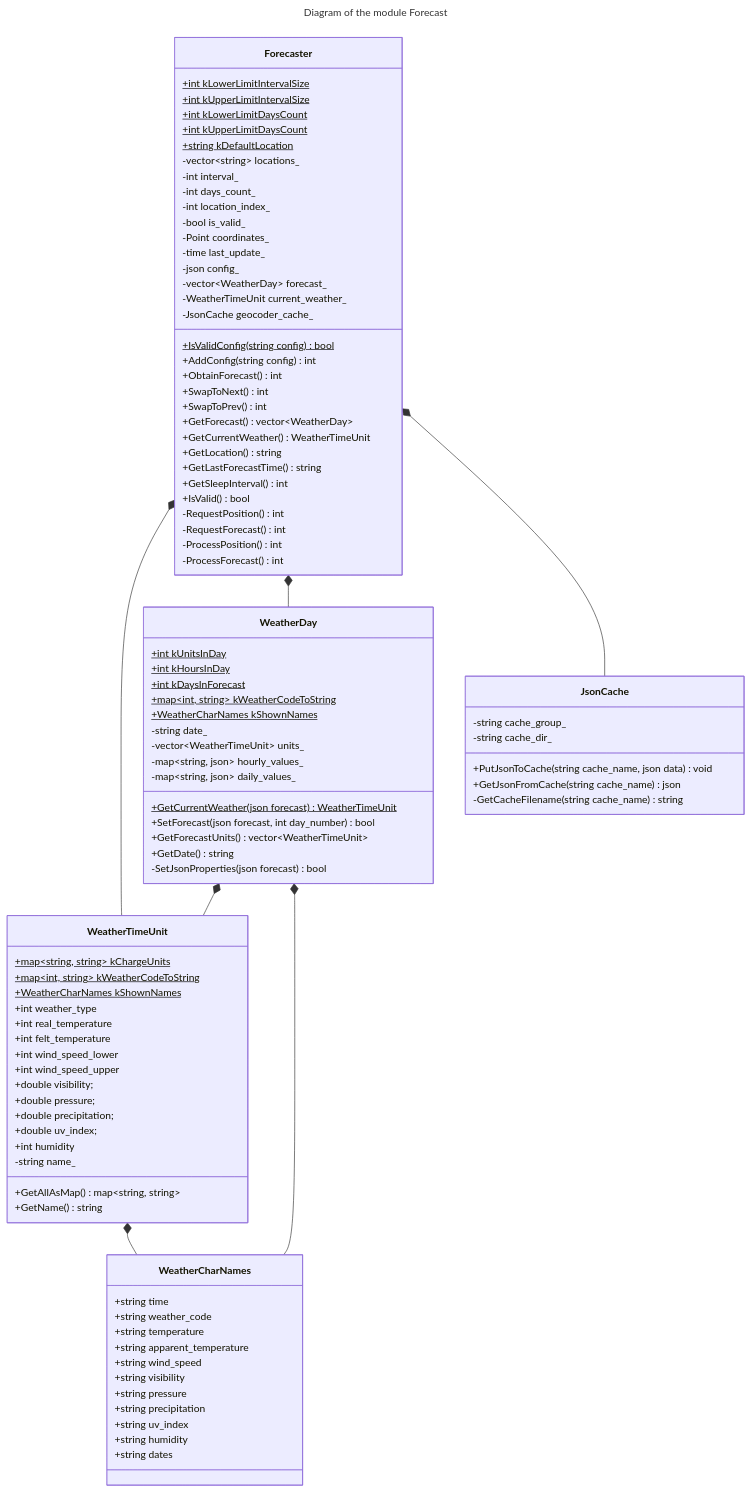
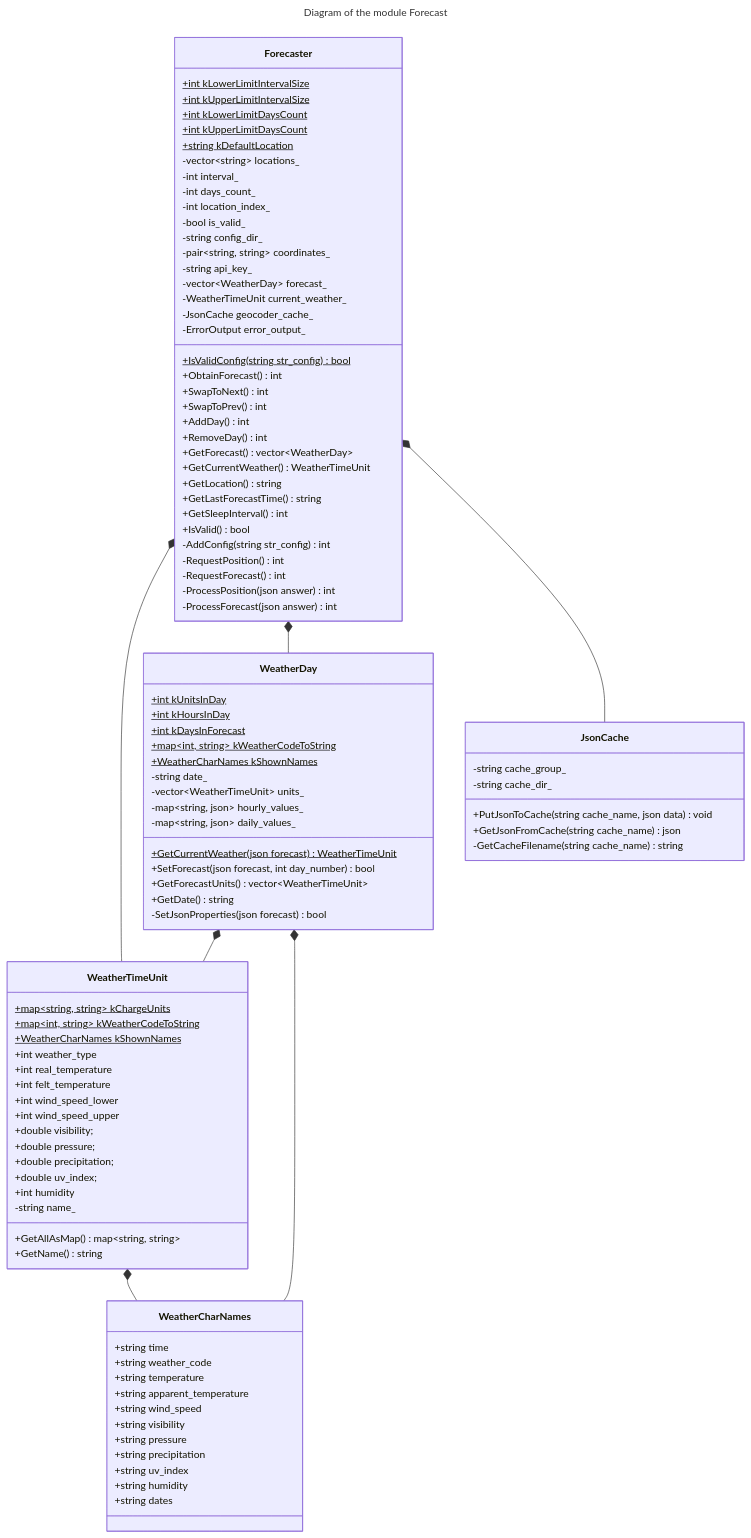
One commit to bialger/weather-forecast changed the third of 4 diagrams in docs/dev/architecture.md. Above: the diagram before and after it, drawn with Mermaid.

Commit message:
Forecast module UML diagram finished

```diff
--- a/docs/dev/architecture.md
+++ b/docs/dev/architecture.md
@@ -122,27 +122,30 @@
     -int days_count_
     -int location_index_
     -bool is_valid_
-    -Point coordinates_
-    -time last_update_
-    -json config_
+    -string config_dir_
+    -pair~string, string~ coordinates_
+    -string api_key_
     -vector~WeatherDay~ forecast_
     -WeatherTimeUnit current_weather_
     -JsonCache geocoder_cache_
-    +IsValidConfig(string config)$ bool
-    +AddConfig(string config) int
+    -ErrorOutput error_output_
+    +IsValidConfig(string str_config)$ bool
     +ObtainForecast() int
     +SwapToNext() int
     +SwapToPrev() int
+    +AddDay() int
+    +RemoveDay() int
     +GetForecast() vector~WeatherDay~
     +GetCurrentWeather() WeatherTimeUnit
     +GetLocation() string
     +GetLastForecastTime() string
     +GetSleepInterval() int
     +IsValid() bool
+    -AddConfig(string str_config) int
     -RequestPosition() int
     -RequestForecast() int
-    -ProcessPosition() int
-    -ProcessForecast() int
+    -ProcessPosition(json answer) int
+    -ProcessForecast(json answer) int
   }
   class JsonCache {
     -string cache_group_
```
